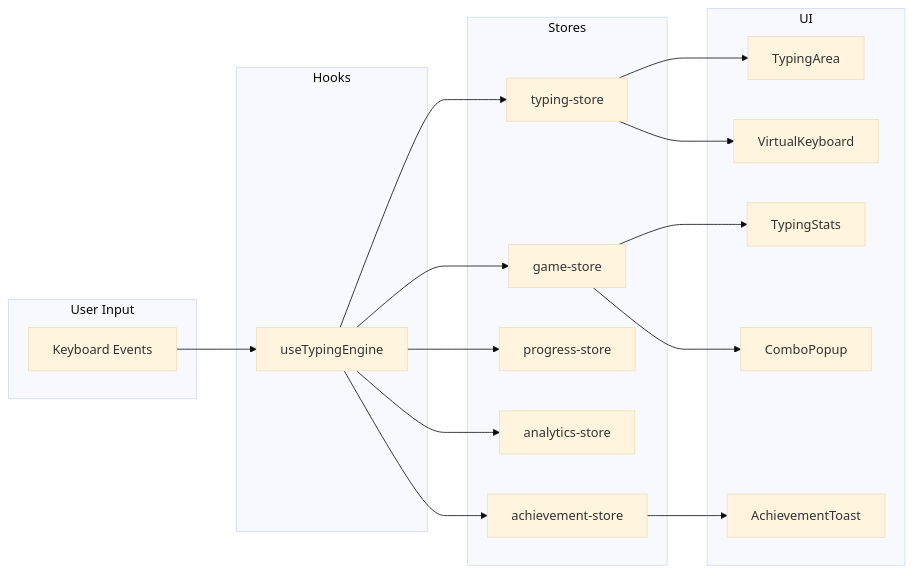
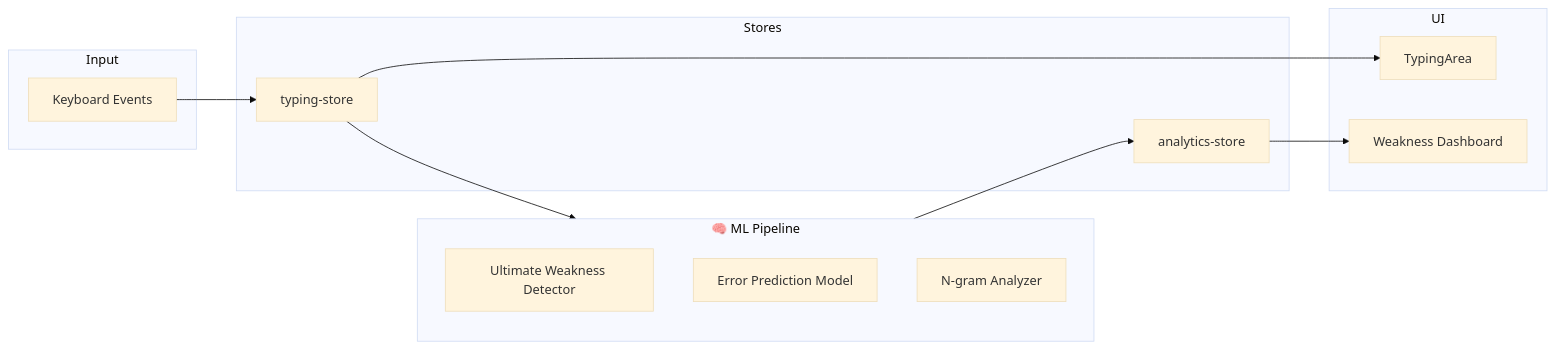
Before and after one commit to jgoud00/typemaster-pro: the diagram in README.md, drawn with Mermaid (base theme). The commit also changed other lines of this file and 36 other files, not shown here.

````diff
--- a/README.md
+++ b/README.md
@@ -154,39 +331,28 @@
 ```mermaid
 flowchart LR
-    subgraph User Input
+    subgraph Input
         KB[Keyboard Events]
     end
     
-    subgraph Hooks
-        UTE[useTypingEngine]
+    subgraph ML["🧠 ML Pipeline"]
+        UWD[Ultimate Weakness Detector]
+        EPM[Error Prediction Model]
+        NGA[N-gram Analyzer]
     end
     
     subgraph Stores
         TS[typing-store]
-        GS[game-store]
-        PS[progress-store]
         AS[analytics-store]
-        ACS[achievement-store]
     end
     
     subgraph UI
         TA[TypingArea]
-        VK[VirtualKeyboard]
-        ST[TypingStats]
-        CP[ComboPopup]
-        AT[AchievementToast]
+        UWD_DASH[Weakness Dashboard]
     end
     
-    KB --> UTE
-    UTE --> TS
-    UTE --> GS
-    UTE --> PS
-    UTE --> AS
-    UTE --> ACS
-    
+    KB --> TS
+    TS --> ML
+    ML --> AS
+    AS --> UWD_DASH
     TS --> TA
-    TS --> VK
-    GS --> ST
-    GS --> CP
-    ACS --> AT
 ```
````
